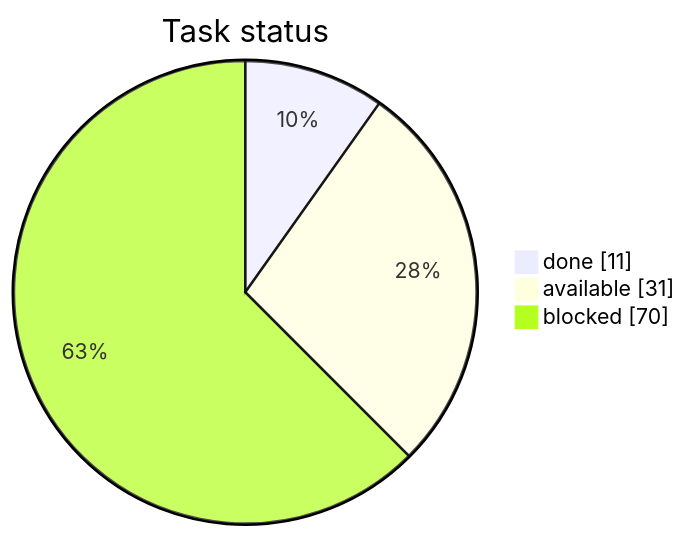
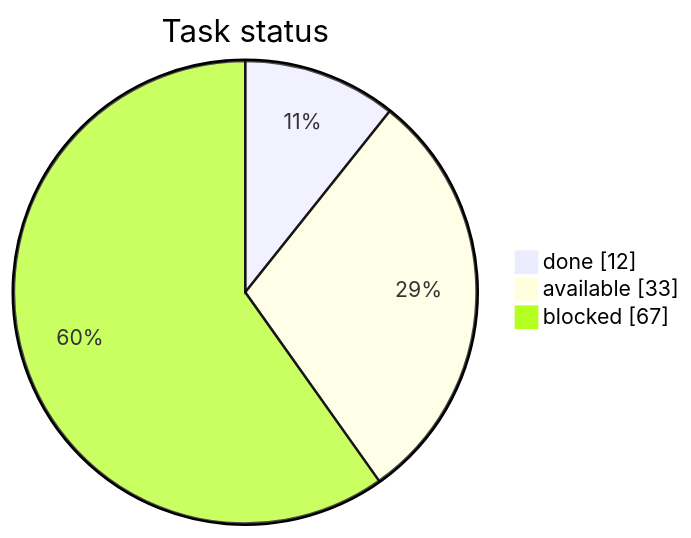
The first of 3 diagrams in STATUS.md (artemiiShabanov/RallyRivals), drawn with Mermaid before and after one commit. The commit also changed other lines of this file and 4 other files, not shown here.

````diff
--- a/STATUS.md
+++ b/STATUS.md
@@ -7,7 +7,7 @@
 ```mermaid
 pie showData
     title Task status
-    "done" : 11
-    "available" : 31
-    "blocked" : 70
+    "done" : 12
+    "available" : 33
+    "blocked" : 67
 ```
````
